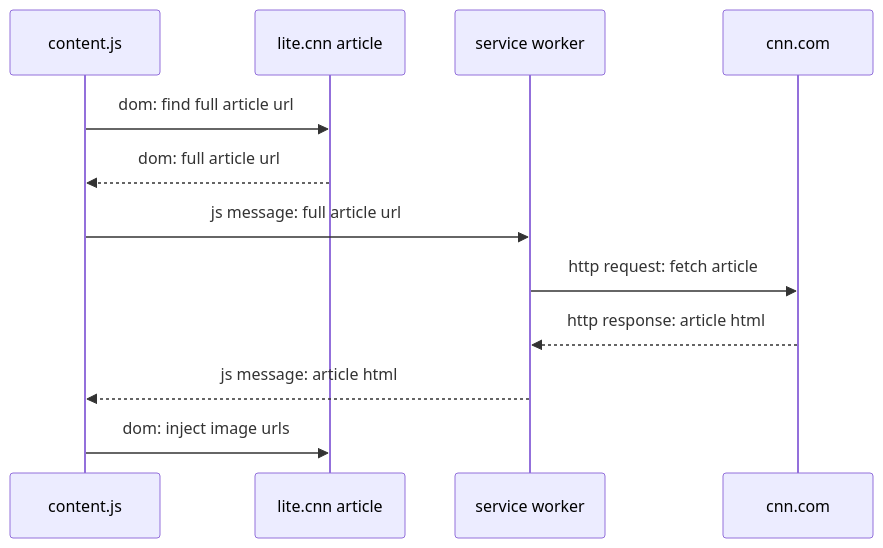
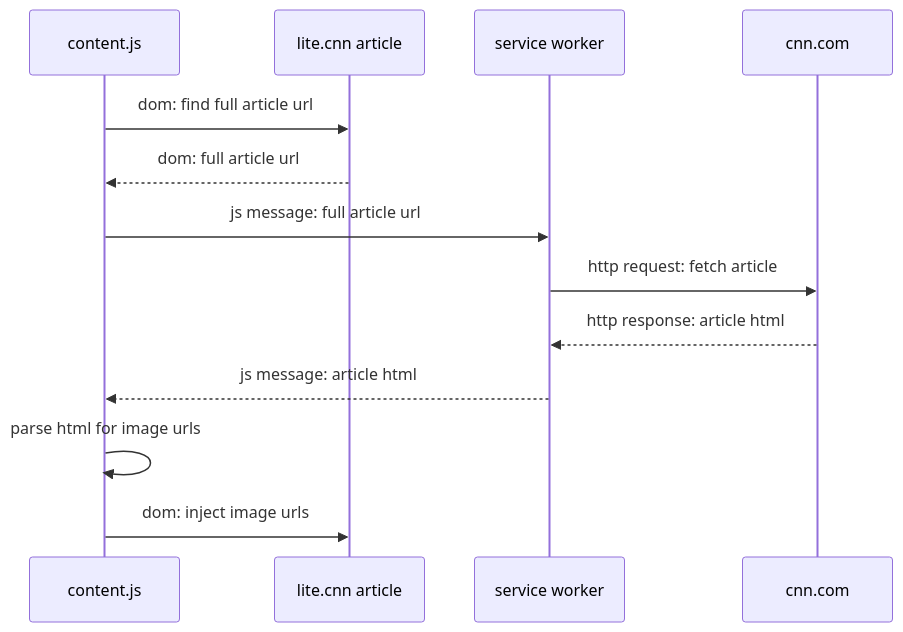
Before and after one commit to judell/cnnlite: the diagram in README.md, drawn with Mermaid.

````diff
--- a/README.md
+++ b/README.md
@@ -25,16 +25,17 @@
 ```mermaid
 sequenceDiagram
     participant content.js
     participant lite.cnn article
     participant service worker
     participant cnn.com
 
     content.js ->> lite.cnn article: dom: find full article url
     lite.cnn article -->> content.js: dom: full article url
     content.js ->> service worker: js message: full article url
     service worker ->> cnn.com: http request: fetch article
     cnn.com -->> service worker: http response: article html
     service worker -->> content.js: js message: article html
+    content.js->>content.js: parse html for image urls
     content.js ->> lite.cnn article: dom: inject image urls
 
 ```
````
